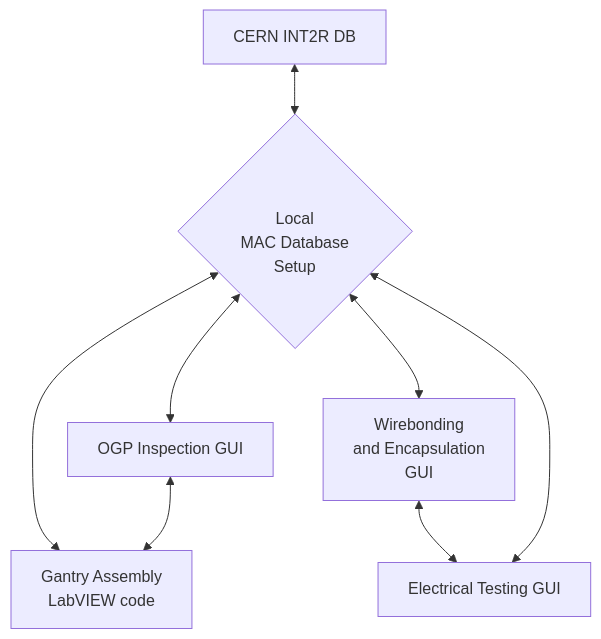
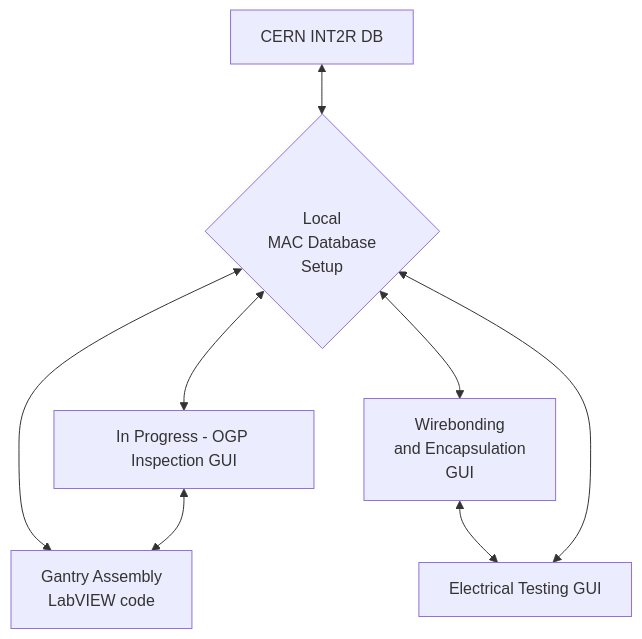
One commit to cmu-hgc-mac/.github changed the diagram in profile/README.md. Above: the diagram before and after it, drawn with Mermaid.

````diff
--- a/profile/README.md
+++ b/profile/README.md
@@ -5,16 +5,16 @@
 ```mermaid
 graph TD
     K[CERN INT2R DB] <--> A
-    A{<br>Local<br>MAC Database<br>Setup} <--> B[OGP Inspection GUI]
+    A{<br>Local<br>MAC Database<br>Setup} <--> B[In Progress - OGP Inspection GUI]
     A{<br>Local<br>MAC Database<br>Setup} <--> C[Gantry Assembly<br>LabVIEW code]
     B <--> C
     A <--> D[Wirebonding<br>and Encapsulation<br>GUI]
     D <--> E[Electrical Testing GUI]
     E <--> A
     click A href "https://github.com/cmu-hgc-mac/HGC_DB_postgres/"
     click B href "https://github.com/cmu-hgc-mac/HGC_OGP_DB"
     click C href "https://github.com/kai-ucsb/Gantry"
     click D href "https://github.com/nkalliney1/wirebonder_gui"
     click E href "https://gitlab.cern.ch/acrobert/hgcal-module-testing-gui/"
 
 ```
````
